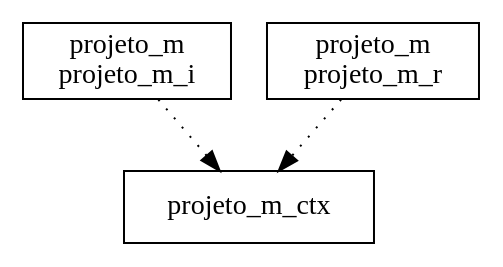
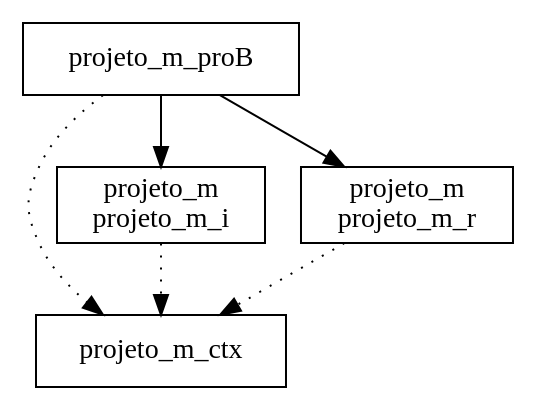
The diagram in AtelierB/Project/Projeto.dot (JoaoSant0s/atelier-b-e-commerce), drawn with Graphviz before and after one commit. The commit also changed 5 other files, not shown here.

```diff
--- a/AtelierB/Project/Projeto.dot
+++ b/AtelierB/Project/Projeto.dot
@@ -1,8 +1,12 @@
 digraph {
 projeto_m_ctx [ label=" projeto_m_ctx " shape= box ]
 projeto_m_i [ label=" projeto_m\nprojeto_m_i " shape= box ]
+projeto_m_proB [ label=" projeto_m_proB " shape= box ]
 projeto_m_r [ label=" projeto_m\nprojeto_m_r " shape= box ]
 
 "projeto_m_i" -> "projeto_m_ctx" [style= dotted ]
 "projeto_m_r" -> "projeto_m_ctx" [style= dotted ]
+"projeto_m_proB" -> "projeto_m_ctx" [style= dotted ]
+"projeto_m_proB" -> "projeto_m_i" []
+"projeto_m_proB" -> "projeto_m_r" []
 }
```
